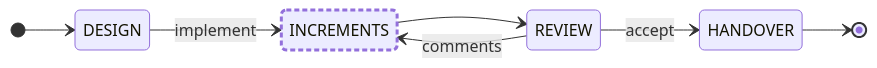
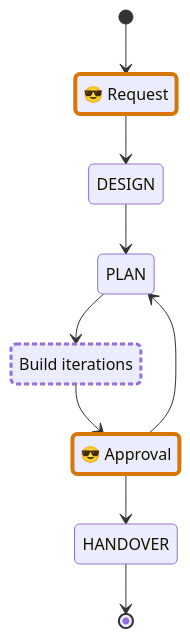
One commit to an-dr/agents changed the third of 5 diagrams in README.md. Above: the diagram before and after it, drawn with Mermaid. The commit also changed other lines of this file and 71 other files, not shown here.

First line of the commit message:
feat(workflow)!: run every flow on one common path with named approvals

````diff
--- a/README.md
+++ b/README.md
@@ -123,12 +108,19 @@
 ```mermaid
 stateDiagram-v2
-  direction LR
-  [*] --> DESIGN
-  DESIGN --> INCREMENTS: implement
-  INCREMENTS --> REVIEW
-  REVIEW --> INCREMENTS: comments
-  REVIEW --> HANDOVER: accept
-  HANDOVER --> [*]
-  classDef blackbox stroke-width:3px,stroke-dasharray:5 3
-  class INCREMENTS blackbox
+    direction TB
+    state "😎 Request" as REQUEST
+    state "Build iterations" as ITERATIONS
+    state "😎 Approval" as APPROVAL
+    [*] --> REQUEST
+    REQUEST --> DESIGN
+    DESIGN --> PLAN
+    PLAN --> ITERATIONS
+    ITERATIONS --> APPROVAL
+    APPROVAL --> PLAN
+    APPROVAL --> HANDOVER
+    HANDOVER --> [*]
+    classDef user stroke:#d97706,stroke-width:4px
+    classDef blackbox stroke-width:3px,stroke-dasharray:5 3
+    class REQUEST,APPROVAL user
+    class ITERATIONS blackbox
 ```
````
